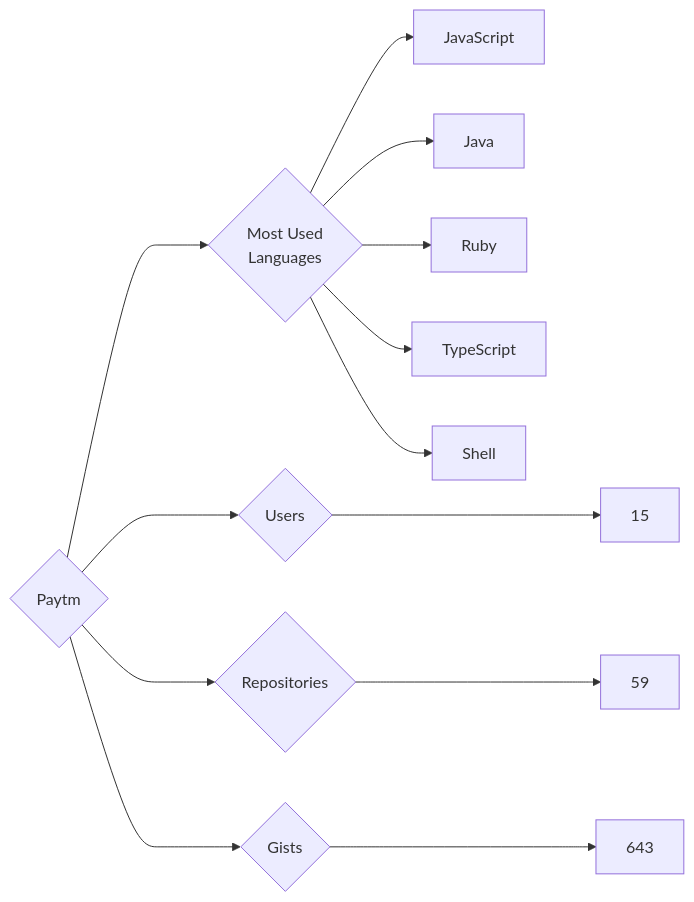
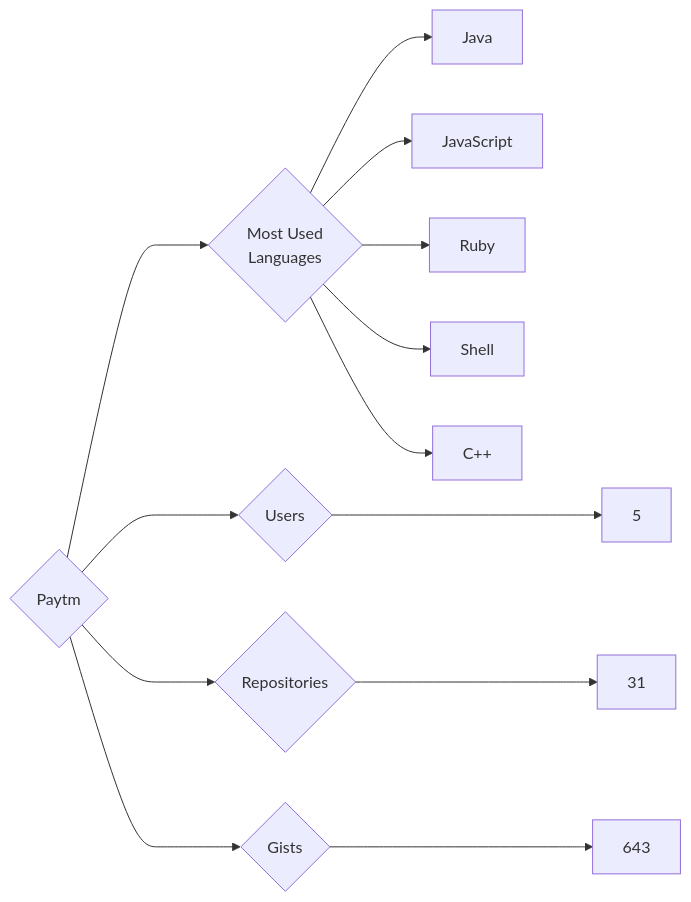
Before and after one commit to trickest/insiders: the diagram in targets/Paytm/README.md, drawn with Mermaid. The commit also changed 895 other files, not shown here.

````diff
--- a/targets/Paytm/README.md
+++ b/targets/Paytm/README.md
@@ -3,13 +3,13 @@
 ```mermaid
 graph LR
 COMPANY_NAME{Paytm}
-COMPANY_NAME ---> U{Users} ---> UN[15]
-COMPANY_NAME ---> R{Repositories} ---> RN[59]
+COMPANY_NAME ---> U{Users} ---> UN[5]
+COMPANY_NAME ---> R{Repositories} ---> RN[31]
 COMPANY_NAME ---> G{Gists} ---> GN[643]
 COMPANY_NAME ---> ML{Most Used<br>Languages}
+ML --> Java[Java]
 ML --> JavaScript[JavaScript]
-ML --> Java[Java]
 ML --> Ruby[Ruby]
-ML --> TypeScript[TypeScript]
 ML --> Shell[Shell]
+ML --> C++[C++]
 ```
````
